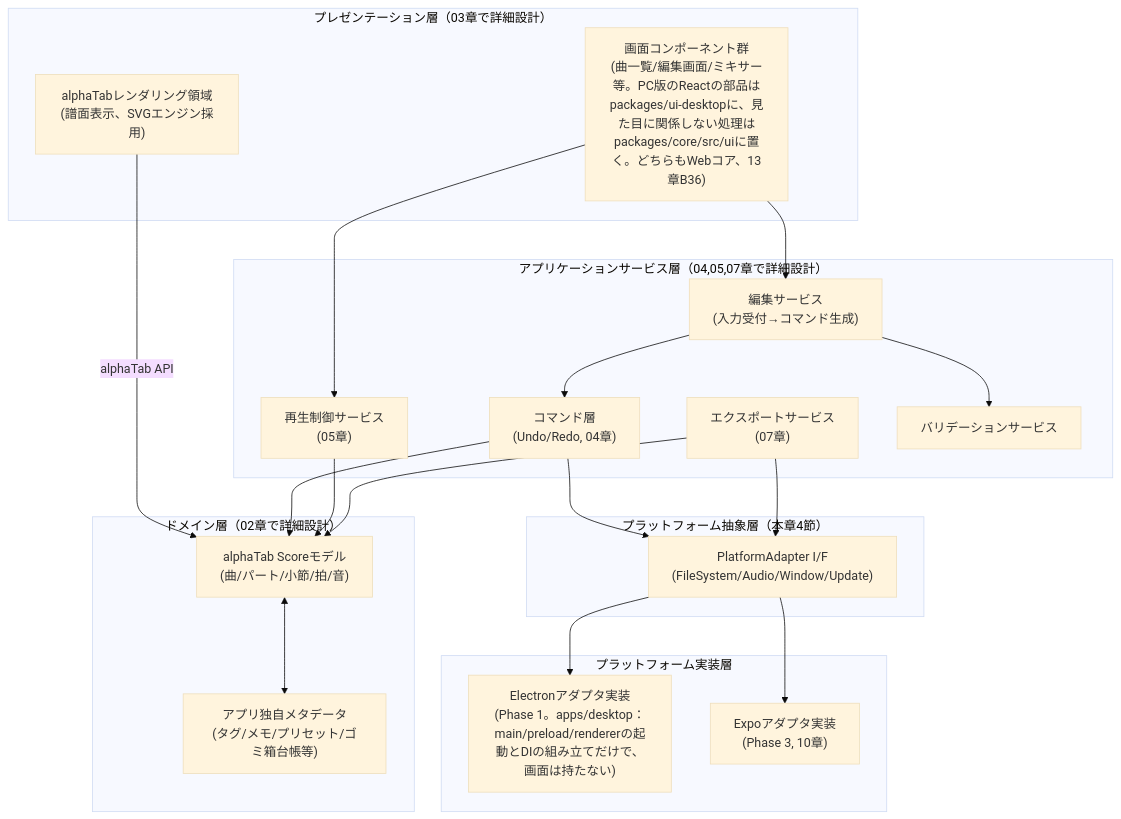
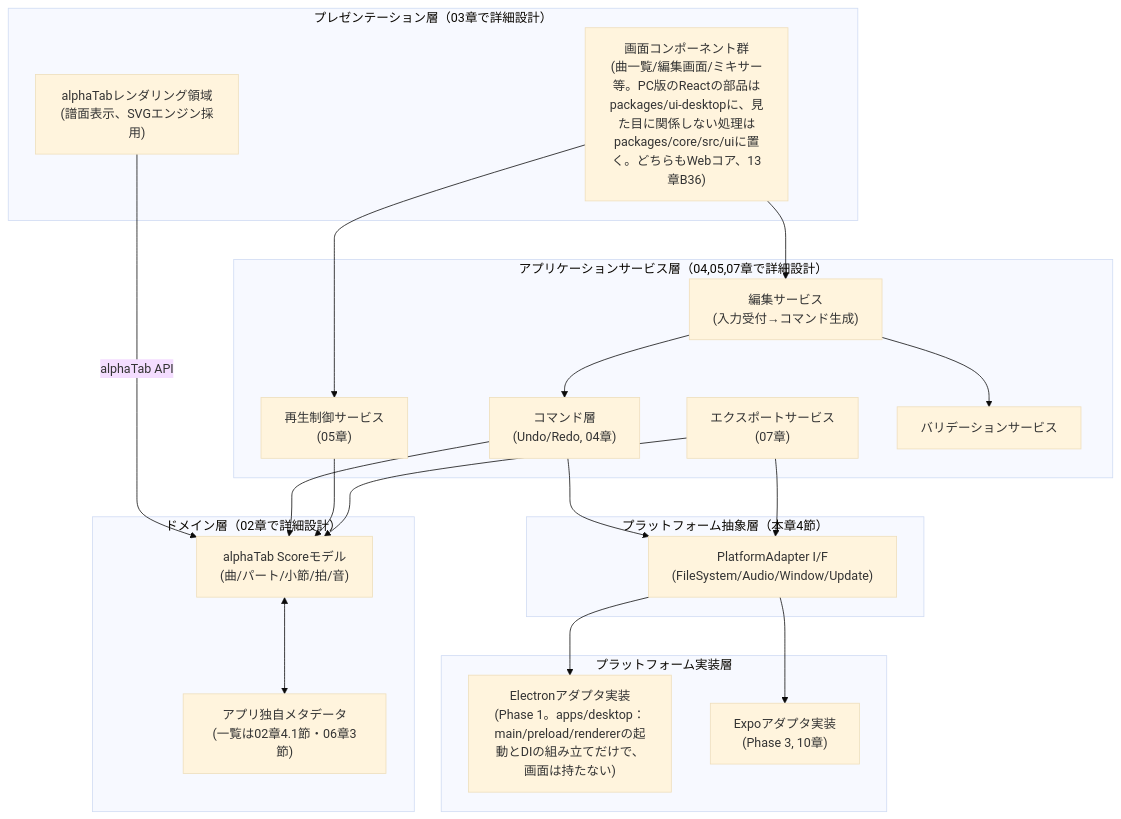
Before and after one commit to ippoooooshi/RiFF-LiNE: the first of 2 diagrams in docs/basic_design/01_architecture.md, drawn with Mermaid (base theme). The commit also changed other lines of this file and 5 other files, not shown here.

````diff
--- a/docs/basic_design/01_architecture.md
+++ b/docs/basic_design/01_architecture.md
@@ -13,38 +13,38 @@
 ```mermaid
 flowchart TB
     subgraph L1["プレゼンテーション層（03章で詳細設計）"]
         SCR["画面コンポーネント群\n(曲一覧/編集画面/ミキサー等。PC版のReactの部品はpackages/ui-desktopに、見た目に関係しない処理はpackages/core/src/uiに置く。どちらもWebコア、13章B36)"]
         REND["alphaTabレンダリング領域\n(譜面表示、SVGエンジン採用)"]
     end
     subgraph L2["アプリケーションサービス層（04,05,07章で詳細設計）"]
         EDITSVC["編集サービス\n(入力受付→コマンド生成)"]
         CMD["コマンド層\n(Undo/Redo, 04章)"]
         PLAYSVC["再生制御サービス\n(05章)"]
         EXPORTSVC["エクスポートサービス\n(07章)"]
         VALID["バリデーションサービス"]
     end
     subgraph L3["ドメイン層（02章で詳細設計）"]
         SCORE["alphaTab Scoreモデル\n(曲/パート/小節/拍/音)"]
-        META["アプリ独自メタデータ\n(タグ/メモ/プリセット/ゴミ箱台帳等)"]
+        META["アプリ独自メタデータ\n(一覧は02章4.1節・06章3節)"]
     end
     subgraph L4["プラットフォーム抽象層（本章4節）"]
         PADAPT["PlatformAdapter I/F\n(FileSystem/Audio/Window/Update)"]
     end
     subgraph L5["プラットフォーム実装層"]
         ELECTRON["Electronアダプタ実装\n(Phase 1。apps/desktop：main/preload/rendererの起動とDIの組み立てだけで、画面は持たない)"]
         EXPO["Expoアダプタ実装\n(Phase 3, 10章)"]
     end
 
     SCR --> EDITSVC
     SCR --> PLAYSVC
     REND -->|alphaTab API| SCORE
     EDITSVC --> CMD --> SCORE
     EDITSVC --> VALID
     PLAYSVC --> SCORE
     EXPORTSVC --> SCORE
     SCORE <--> META
     CMD --> PADAPT
     EXPORTSVC --> PADAPT
     PADAPT --> ELECTRON
     PADAPT --> EXPO
 ```
````
